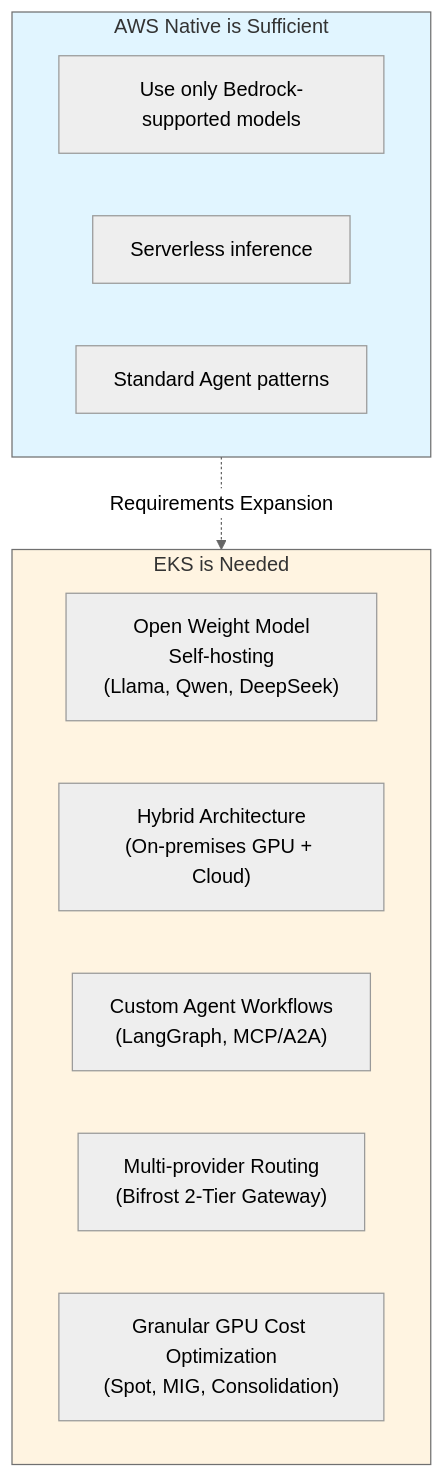
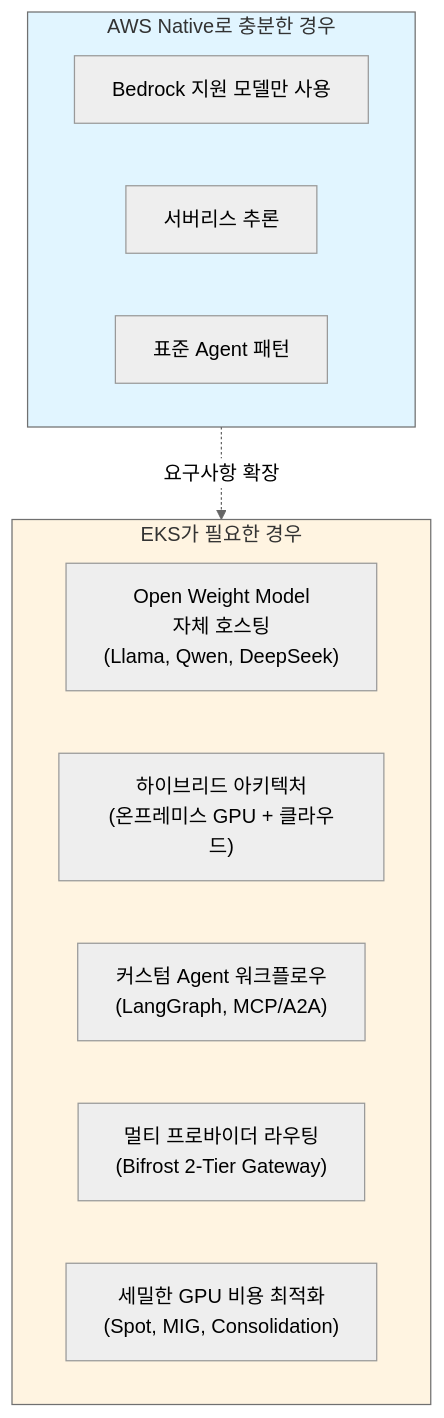
One commit to devfloor9/engineering-playbook changed the first of 11 diagrams in i18n/en/docusaurus-plugin-content-docs/current/agentic-ai-platform/design-architecture/agentic-ai-solutions-eks.md. Above: the diagram before and after it, drawn with Mermaid (neutral theme). The commit also changed other lines of this file and 6 other files, not shown here.

````diff
--- a/i18n/en/docusaurus-plugin-content-docs/current/agentic-ai-platform/design-architecture/agentic-ai-solutions-eks.md
+++ b/i18n/en/docusaurus-plugin-content-docs/current/agentic-ai-platform/design-architecture/agentic-ai-solutions-eks.md
@@ -45,21 +45,21 @@
 ```mermaid
 flowchart TD
-    subgraph AWSNative["AWS Native is Sufficient"]
-        N1["Use only Bedrock-supported models"]
-        N2["Serverless inference"]
-        N3["Standard Agent patterns"]
+    subgraph AWSNative["AWS Native로 충분한 경우"]
+        N1["Bedrock 지원 모델만 사용"]
+        N2["서버리스 추론"]
+        N3["표준 Agent 패턴"]
     end
 
-    subgraph EKSNeeded["EKS is Needed"]
-        E1["Open Weight Model<br/>Self-hosting<br/>(Llama, Qwen, DeepSeek)"]
-        E2["Hybrid Architecture<br/>(On-premises GPU + Cloud)"]
-        E3["Custom Agent Workflows<br/>(LangGraph, MCP/A2A)"]
-        E4["Multi-provider Routing<br/>(Bifrost 2-Tier Gateway)"]
-        E5["Granular GPU Cost Optimization<br/>(Spot, MIG, Consolidation)"]
+    subgraph EKSNeeded["EKS가 필요한 경우"]
+        E1["Open Weight Model<br/>자체 호스팅<br/>(Llama, Qwen, DeepSeek)"]
+        E2["하이브리드 아키텍처<br/>(온프레미스 GPU + 클라우드)"]
+        E3["커스텀 Agent 워크플로우<br/>(LangGraph, MCP/A2A)"]
+        E4["멀티 프로바이더 라우팅<br/>(Bifrost 2-Tier Gateway)"]
+        E5["세밀한 GPU 비용 최적화<br/>(Spot, MIG, Consolidation)"]
     end
 
-    AWSNative -.->|"Requirements Expansion"| EKSNeeded
+    AWSNative -.->|"요구사항 확장"| EKSNeeded
 
     style AWSNative fill:#e1f5ff
     style EKSNeeded fill:#fff4e1
 ```
````
